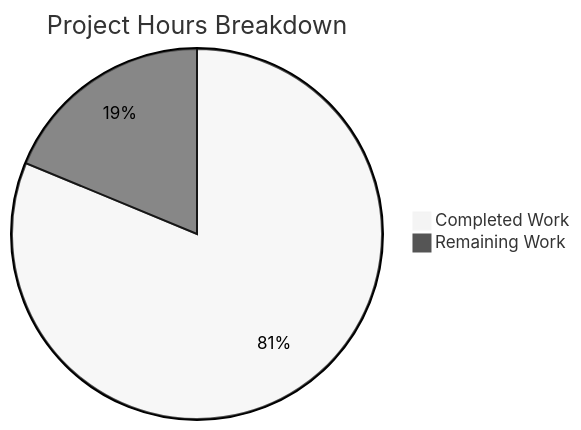
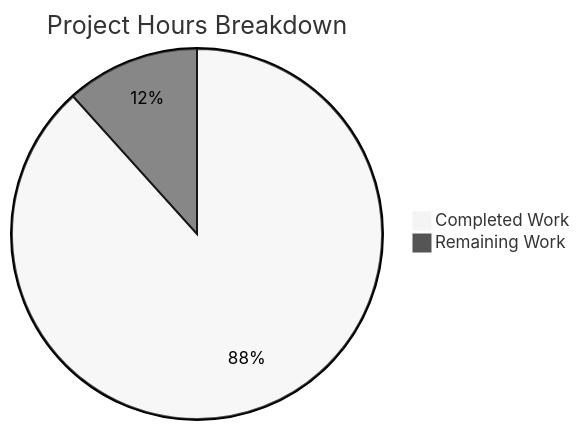
Before and after one commit to TestadoBlitzy/Existing-product: the second of 3 diagrams in blitzy/documentation/Project Guide.md, drawn with Mermaid (neutral theme). The commit also changed other lines of this file, not shown here.

Commit message:
Adding Blitzy Project Guide: Project Status and Human Tasks Remaining

````diff
--- a/blitzy/documentation/Project Guide.md
+++ b/blitzy/documentation/Project Guide.md
@@ -168,5 +176,5 @@
 ```mermaid
 pie title Project Hours Breakdown
-    "Completed Work" : 6.5
-    "Remaining Work" : 1.5
+    "Completed Work" : 26.5
+    "Remaining Work" : 3.5
 ```
````
